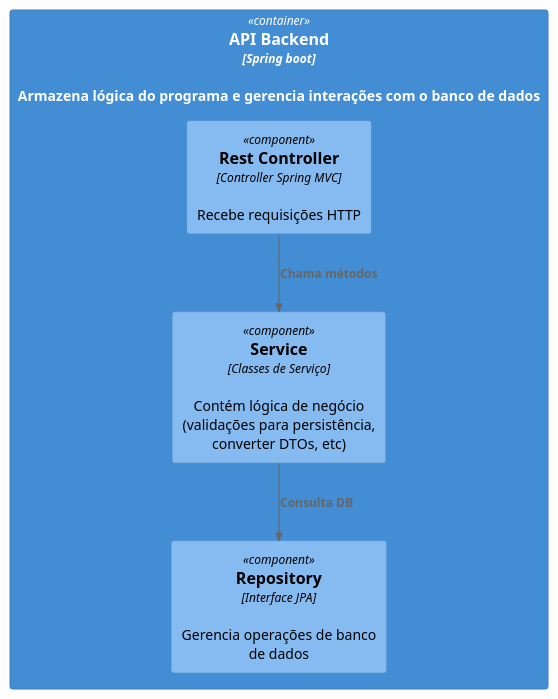
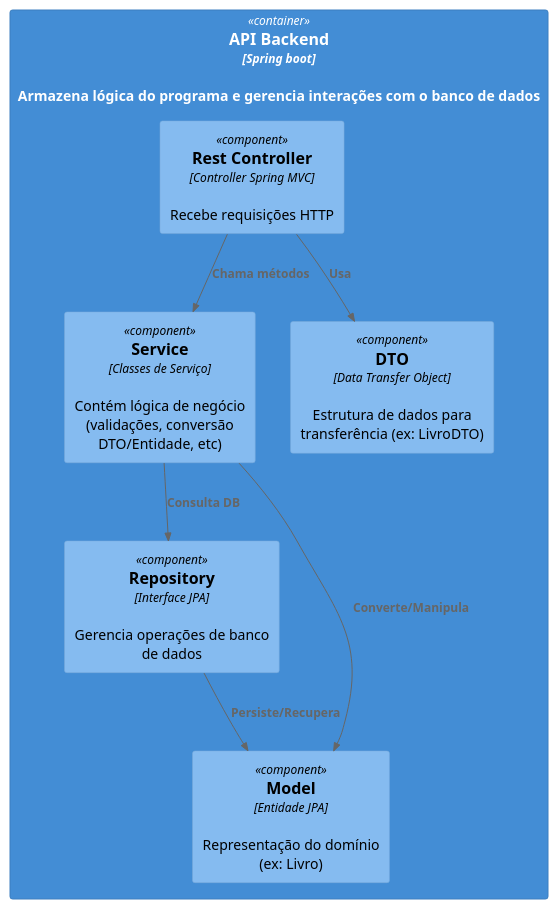
One commit to nyckturbina/e-library changed the diagram in docs/c4-model/Component.puml. Above: the diagram before and after it, drawn with PlantUML.

Commit message:
Adicionado: DTO e Model

```diff
--- a/docs/c4-model/Component.puml
+++ b/docs/c4-model/Component.puml
@@ -1,15 +1,21 @@
 @startuml API Backend
 
 !include https://raw.githubusercontent.com/plantuml-stdlib/C4-PlantUML/master/C4_Container.puml
 !include https://raw.githubusercontent.com/plantuml-stdlib/C4-PlantUML/master/C4_Component.puml
 
 Container(api, "API Backend", "Spring boot", "Armazena lógica do programa e gerencia interações com o banco de dados") {
     Component(control, "Rest Controller", "Controller Spring MVC", "Recebe requisições HTTP")
-    Component(service, "Service", "Classes de Serviço", "Contém lógica de negócio (validações para persistência, converter DTOs, etc)")
+    Component(service, "Service", "Classes de Serviço", "Contém lógica de negócio (validações, conversão DTO/Entidade, etc)")
     Component(repository, "Repository", "Interface JPA", "Gerencia operações de banco de dados")
+    
+    Component(dto, "DTO", "Data Transfer Object", "Estrutura de dados para transferência (ex: LivroDTO)")
+    Component(model, "Model", "Entidade JPA", "Representação do domínio (ex: Livro)")
 }
 
+Rel(control, dto, "Usa")
 Rel(control, service, "Chama métodos")
+Rel(service, model, "Converte/Manipula")
 Rel(service, repository, "Consulta DB")
+Rel(repository, model, "Persiste/Recupera")
 
 @enduml
```
